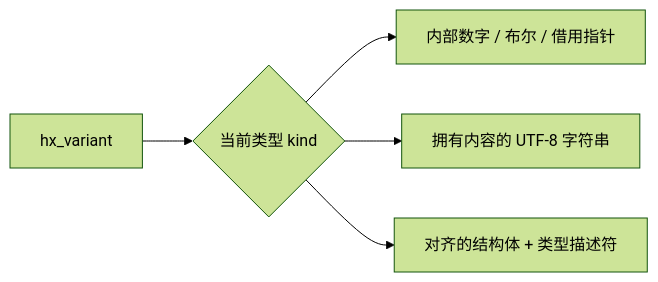
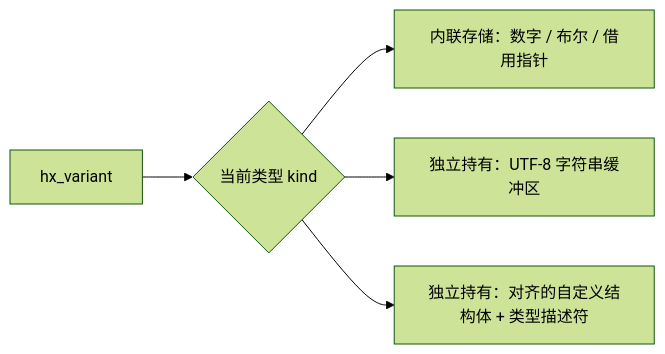
One commit to HuangX666/hx_c_platform changed the diagram in docs/VARIANT.zh-CN.md. Above: the diagram before and after it, drawn with Mermaid (forest theme). The commit also changed other lines of this file and 135 other files, not shown here.

````diff
--- a/docs/VARIANT.zh-CN.md
+++ b/docs/VARIANT.zh-CN.md
@@ -41,7 +48,7 @@
 ```mermaid
 flowchart LR
     A["hx_variant"] --> B{"当前类型 kind"}
-    B --> C["内部数字 / 布尔 / 借用指针"]
-    B --> D["拥有内容的 UTF-8 字符串"]
-    B --> E["对齐的结构体 + 类型描述符"]
+    B --> C["内联存储：数字 / 布尔 / 借用指针"]
+    B --> D["独立持有：UTF-8 字符串缓冲区"]
+    B --> E["独立持有：对齐的自定义结构体 + 类型描述符"]
 ```
````
